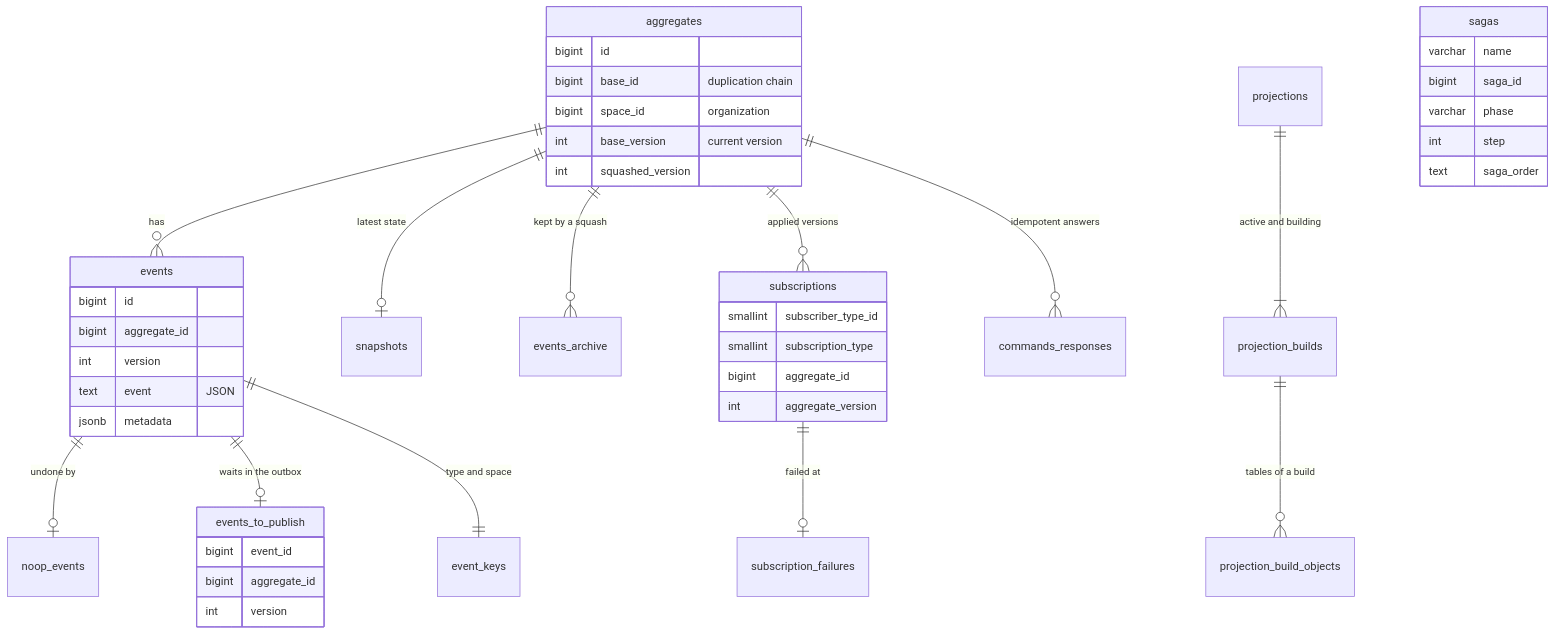
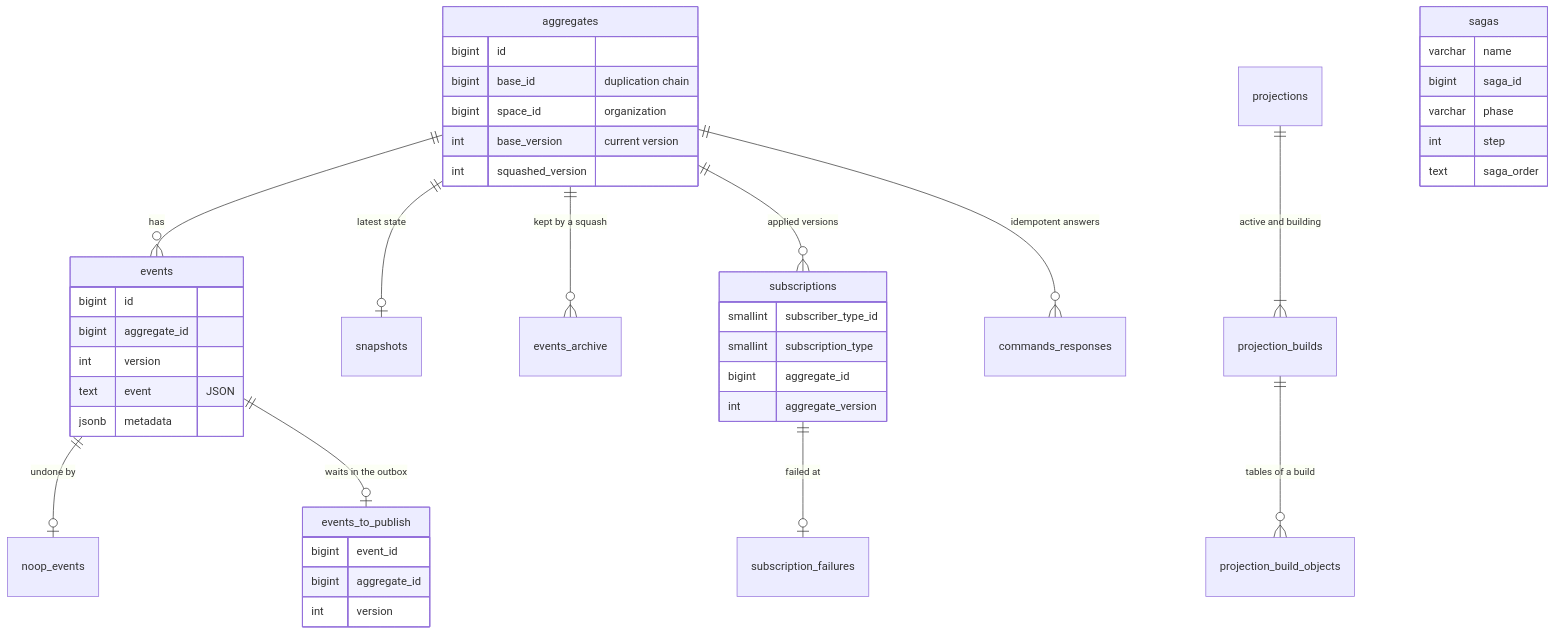
One commit to marpiec/ReactiveCQRS changed the fifth of 10 diagrams in docs/book/appendix-d-architecture.md. Above: the diagram before and after it, drawn with Mermaid. The commit also changed 29 other files, not shown here.

````diff
--- a/docs/book/appendix-d-architecture.md
+++ b/docs/book/appendix-d-architecture.md
@@ -133,47 +133,46 @@
 ```mermaid
 erDiagram
   aggregates ||--o{ events : "has"
   events ||--o| noop_events : "undone by"
   events ||--o| events_to_publish : "waits in the outbox"
-  events ||--|| event_keys : "type and space"
   aggregates ||--o| snapshots : "latest state"
   aggregates ||--o{ events_archive : "kept by a squash"
   aggregates ||--o{ subscriptions : "applied versions"
   subscriptions ||--o| subscription_failures : "failed at"
   aggregates ||--o{ commands_responses : "idempotent answers"
   projections ||--|{ projection_builds : "active and building"
   projection_builds ||--o{ projection_build_objects : "tables of a build"
 
   aggregates {
     bigint id
     bigint base_id "duplication chain"
     bigint space_id "organization"
     int base_version "current version"
     int squashed_version
   }
   events {
     bigint id
     bigint aggregate_id
     int version
     text event "JSON"
     jsonb metadata
   }
   events_to_publish {
     bigint event_id
     bigint aggregate_id
     int version
   }
   subscriptions {
     smallint subscriber_type_id
     smallint subscription_type
     bigint aggregate_id
     int aggregate_version
   }
   sagas {
     varchar name
     bigint saga_id
     varchar phase
     int step
     text saga_order
   }
 ```
````
